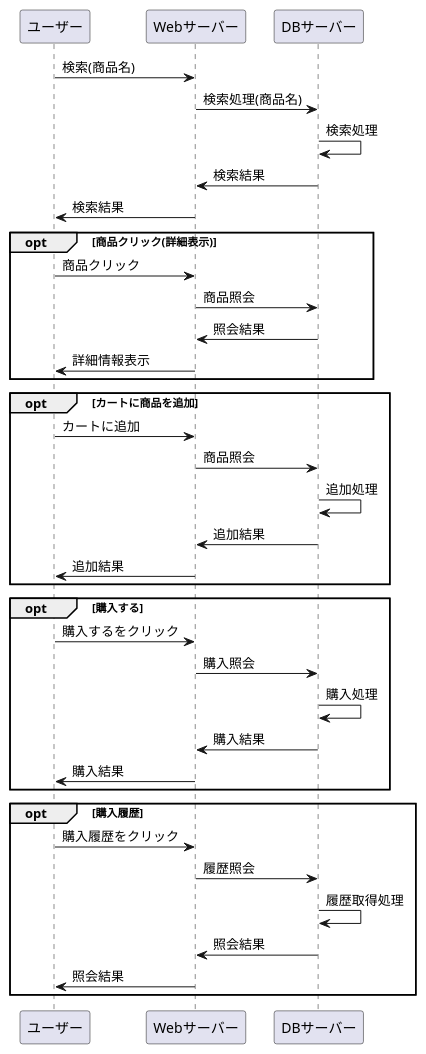
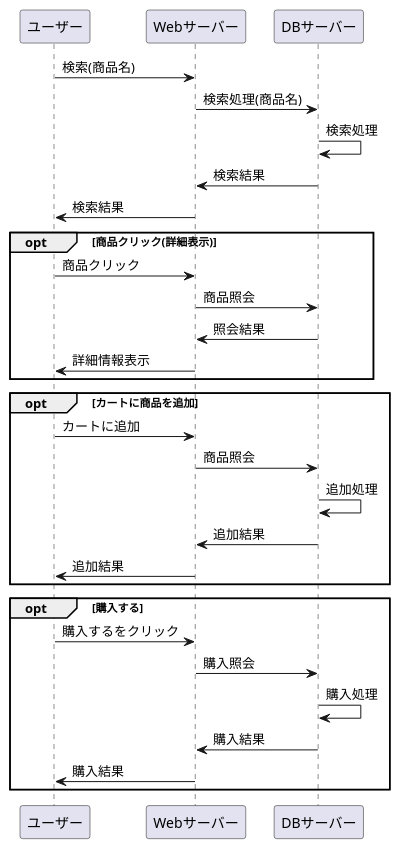
The diagram in Rainbows/業務フロー(商品購入).md (Aso2001174/2021sys-design), drawn with PlantUML before and after one commit.

````diff
--- a/Rainbows/業務フロー(商品購入).md
+++ b/Rainbows/業務フロー(商品購入).md
@@ -1,40 +1,33 @@
 ```uml
 @startuml
 ユーザー -> Webサーバー : 検索(商品名)
 Webサーバー -> DBサーバー : 検索処理(商品名)
 DBサーバー -> DBサーバー : 検索処理
 DBサーバー -> Webサーバー : 検索結果
 Webサーバー -> ユーザー : 検索結果
 
 opt 商品クリック(詳細表示)
 ユーザー -> Webサーバー : 商品クリック
 Webサーバー -> DBサーバー : 商品照会
 DBサーバー -> Webサーバー : 照会結果
 Webサーバー -> ユーザー : 詳細情報表示
 end
 
 opt カートに商品を追加
 ユーザー -> Webサーバー : カートに追加
 Webサーバー -> DBサーバー : 商品照会
 DBサーバー -> DBサーバー : 追加処理
 DBサーバー -> Webサーバー : 追加結果
 Webサーバー -> ユーザー : 追加結果
 end
 
 opt 購入する
 ユーザー -> Webサーバー : 購入するをクリック
 Webサーバー -> DBサーバー : 購入照会
 DBサーバー -> DBサーバー : 購入処理
 DBサーバー -> Webサーバー : 購入結果
 Webサーバー -> ユーザー : 購入結果
 end
 
-opt 購入履歴
-ユーザー -> Webサーバー : 購入履歴をクリック
-Webサーバー -> DBサーバー : 履歴照会
-DBサーバー -> DBサーバー : 履歴取得処理
-DBサーバー -> Webサーバー : 照会結果
-Webサーバー -> ユーザー : 照会結果
-end
 @enduml
 ```
````
